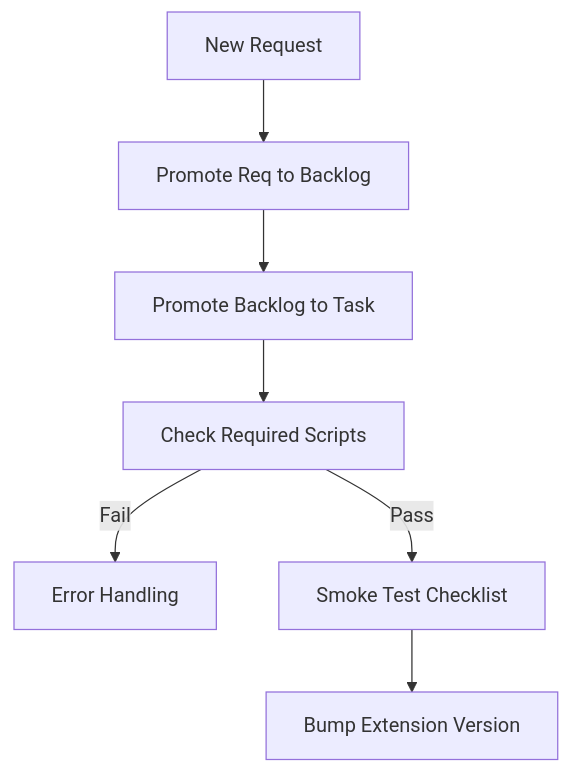
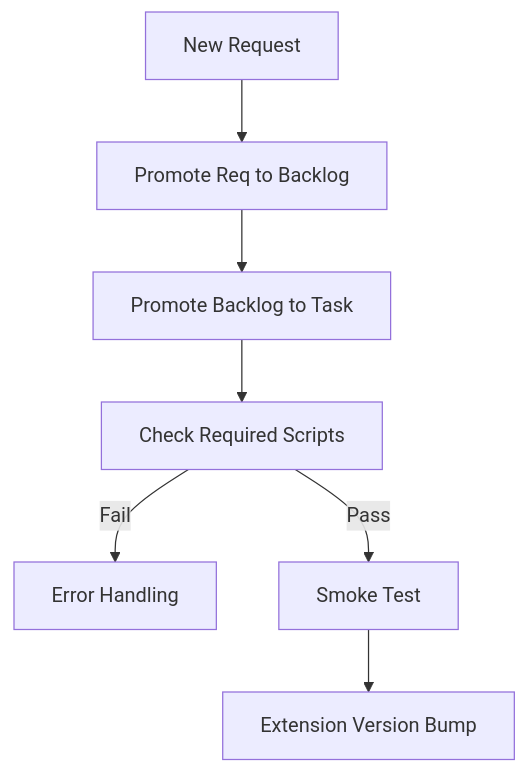
Before and after one commit to AlexAgo83/logics-manager: the diagram in logics/request/req_006_update_extension_for_flow_manager_changes.md, drawn with Mermaid. The commit also changed 19 other files, not shown here.

````diff
--- a/logics/request/req_006_update_extension_for_flow_manager_changes.md
+++ b/logics/request/req_006_update_extension_for_flow_manager_changes.md
@@ -10,17 +10,17 @@
 ```mermaid
 %% logics-kind: request
 %% logics-signature: request|update-extension-for-flow-manager-change|align-the-vs-code-extension-with|ac1-define-a-measurable-outcome
 flowchart TD
   NewReq[New Request]
   PromoteReq[Promote Req to Backlog]
   PromoteBacklog[Promote Backlog to Task]
   ValidateScripts[Check Required Scripts]
   ErrorHandle[Error Handling]
-  SmokeTest[Smoke Test Checklist]
-  VersionBump[Bump Extension Version]
+  SmokeTest[Smoke Test]
+  VersionBump[Extension Version Bump]
   NewReq --> PromoteReq --> PromoteBacklog
   PromoteBacklog --> ValidateScripts
   ValidateScripts -->|Fail| ErrorHandle
   ValidateScripts -->|Pass| SmokeTest
   SmokeTest --> VersionBump
 ```
````
